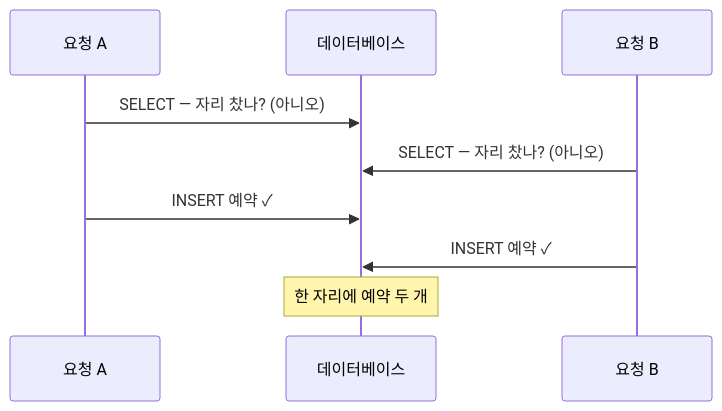
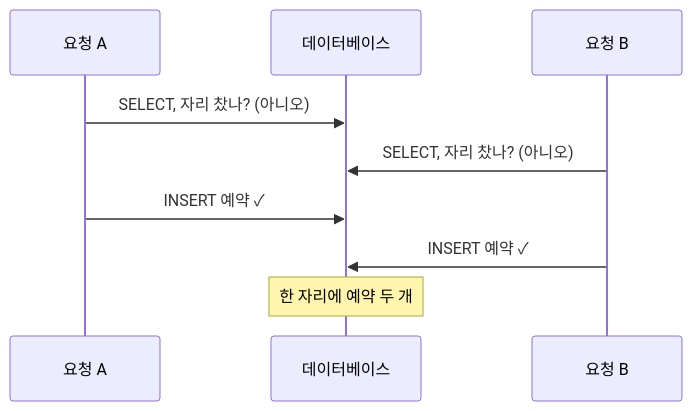
The diagram in src/content/blog/ko/redis-distributed-lock.md (kukjun/blog), drawn with Mermaid before and after one commit. The commit also changed other lines of this file and 10 other files, not shown here.

````diff
--- a/src/content/blog/ko/redis-distributed-lock.md
+++ b/src/content/blog/ko/redis-distributed-lock.md
@@ -24,11 +24,11 @@
 ```mermaid
 sequenceDiagram
   participant A as 요청 A
   participant DB as 데이터베이스
   participant B as 요청 B
-  A->>DB: SELECT — 자리 찼나? (아니오)
-  B->>DB: SELECT — 자리 찼나? (아니오)
+  A->>DB: SELECT, 자리 찼나? (아니오)
+  B->>DB: SELECT, 자리 찼나? (아니오)
   A->>DB: INSERT 예약 ✓
   B->>DB: INSERT 예약 ✓
   Note over DB: 한 자리에 예약 두 개
 ```
````
